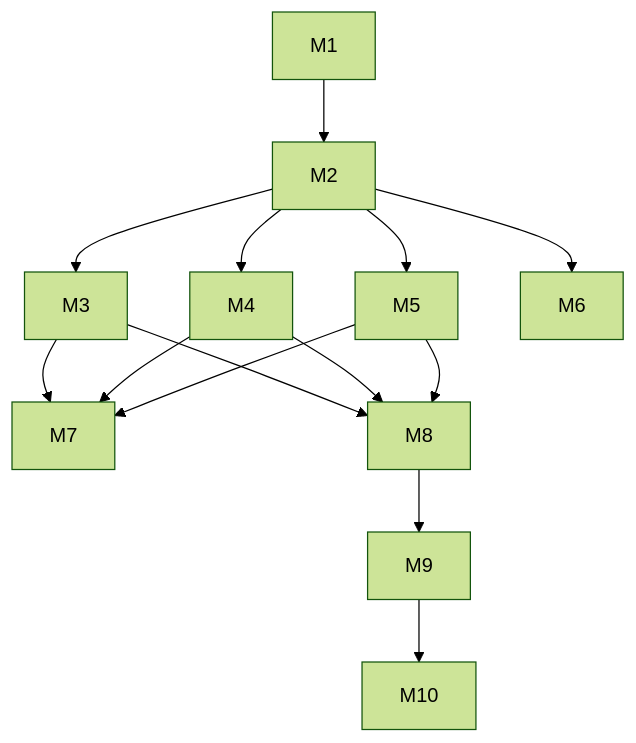
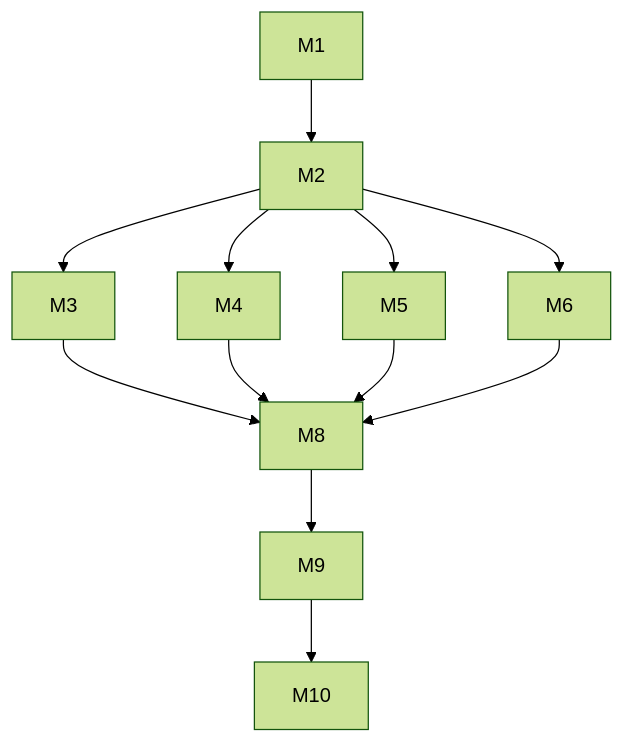
The second of 2 diagrams in .internal/constitution-spec.md (anton-pershin/mourat), drawn with Mermaid (forest theme) before and after one commit. The commit also changed other lines of this file, not shown here.

````diff
--- a/.internal/constitution-spec.md
+++ b/.internal/constitution-spec.md
@@ -135,16 +194,14 @@
 ```mermaid
 flowchart TD
   M1 --> M2
   M2 --> M3
   M2 --> M4
   M2 --> M5
   M2 --> M6
-  M3 --> M7
-  M4 --> M7
-  M5 --> M7
   M3 --> M8
   M4 --> M8
   M5 --> M8
+  M6 --> M8
   M8 --> M9
   M9 --> M10
 ```
````
